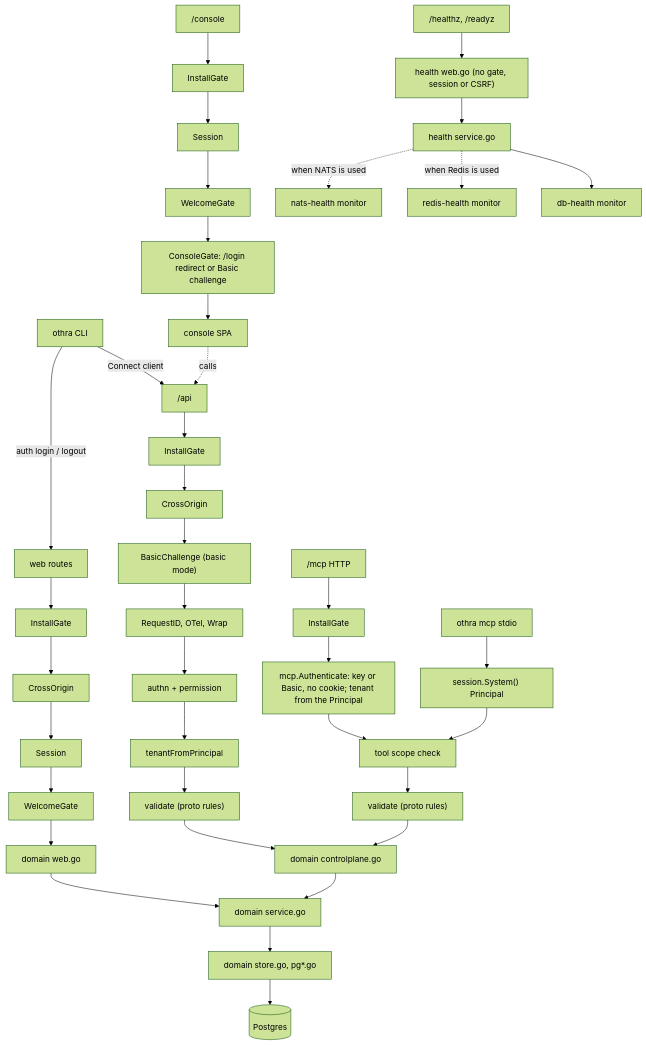
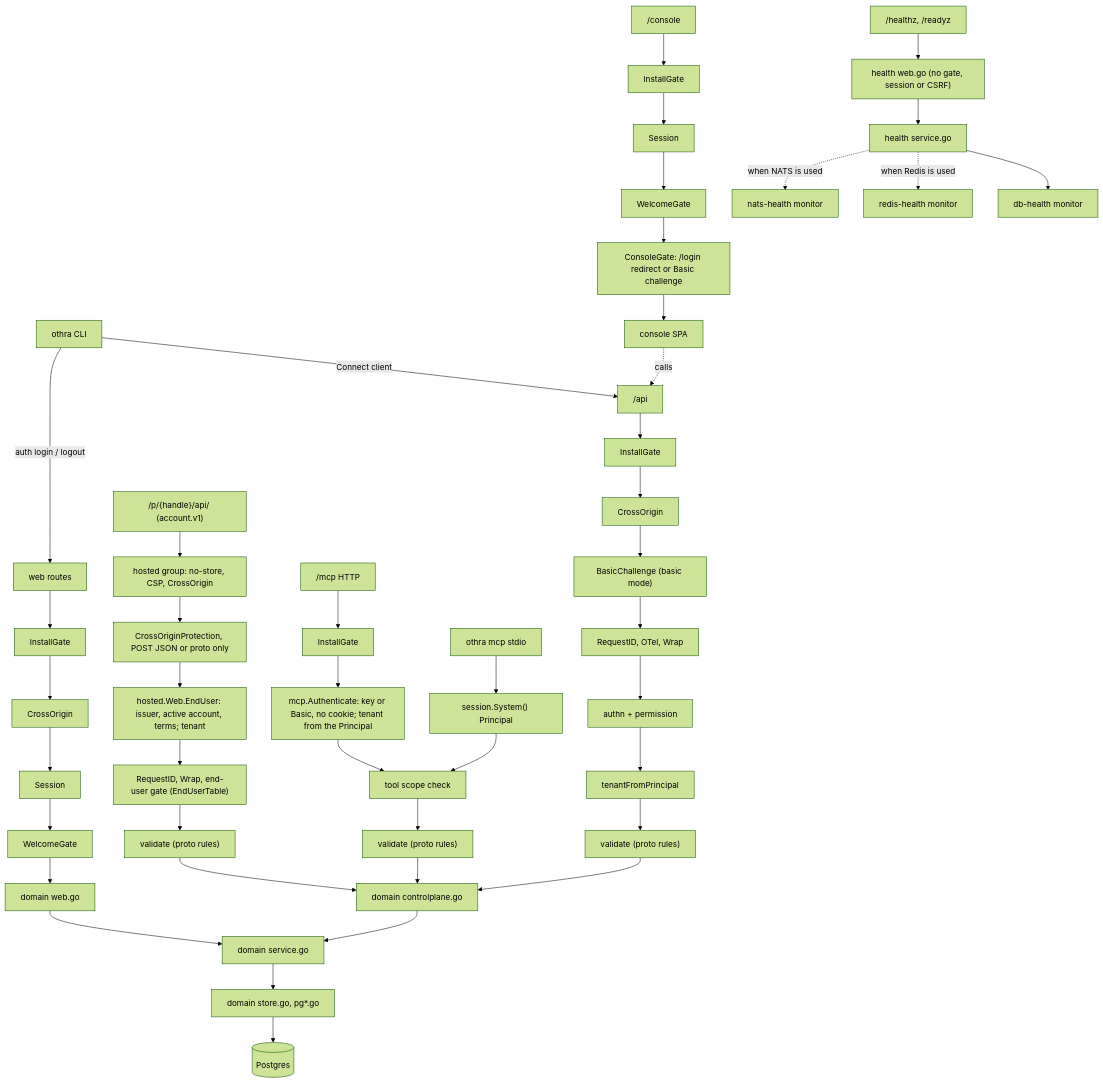
The second of 3 diagrams in internal/boot/README.md (altalune-id/othra), drawn with Mermaid (forest theme) before and after one commit. The commit also changed other lines of this file and 637 other files, not shown here.

````diff
--- a/internal/boot/README.md
+++ b/internal/boot/README.md
@@ -50,18 +50,19 @@
 ```mermaid
 flowchart TD
     CLI["othra CLI"] -- Connect client --> API
     CLI -- "auth login / logout" --> WEB
     API["/api"] --> G1[InstallGate] --> C1[CrossOrigin] --> B1["BasicChallenge (basic mode)"] --> I1["RequestID, OTel, Wrap"] --> I2["authn + permission"] --> I3[tenantFromPrincipal] --> V1["validate (proto rules)"] --> DC
     WEB["web routes"] --> G2[InstallGate] --> C2[CrossOrigin] --> S2[Session] --> W2[WelcomeGate] --> DW
     CON["/console"] --> G3[InstallGate] --> S3[Session] --> W3[WelcomeGate] --> CG3["ConsoleGate: /login redirect or Basic challenge"] --> SPA[console SPA]
     SPA -. calls .-> API
     MCPH["/mcp HTTP"] --> G4[InstallGate] --> A4["mcp.Authenticate: key or Basic, no cookie; tenant from the Principal"] --> T4["tool scope check"] --> V4["validate (proto rules)"] --> DC
     MCPS["othra mcp stdio"] --> SYS["session.System() Principal"] --> T4
+    ACC["/p/{handle}/api/ (account.v1)"] --> H5["hosted group: no-store, CSP, CrossOrigin"] --> C5["CrossOriginProtection, POST JSON or proto only"] --> R5["hosted.Web.EndUser: issuer, active account, terms; tenant"] --> I5["RequestID, Wrap, end-user gate (EndUserTable)"] --> V5["validate (proto rules)"] --> DC
     LB["/healthz, /readyz"] --> HW["health web.go (no gate, session or CSRF)"] --> HS["health service.go"] --> DBH["db-health monitor"]
     HS -. "when Redis is used" .-> RDH["redis-health monitor"]
     HS -. "when NATS is used" .-> NAH["nats-health monitor"]
 
     DC["domain controlplane.go"] --> SVC["domain service.go"]
     DW["domain web.go"] --> SVC
     SVC --> ST["domain store.go, pg*.go"] --> PG[(Postgres)]
 ```
````
